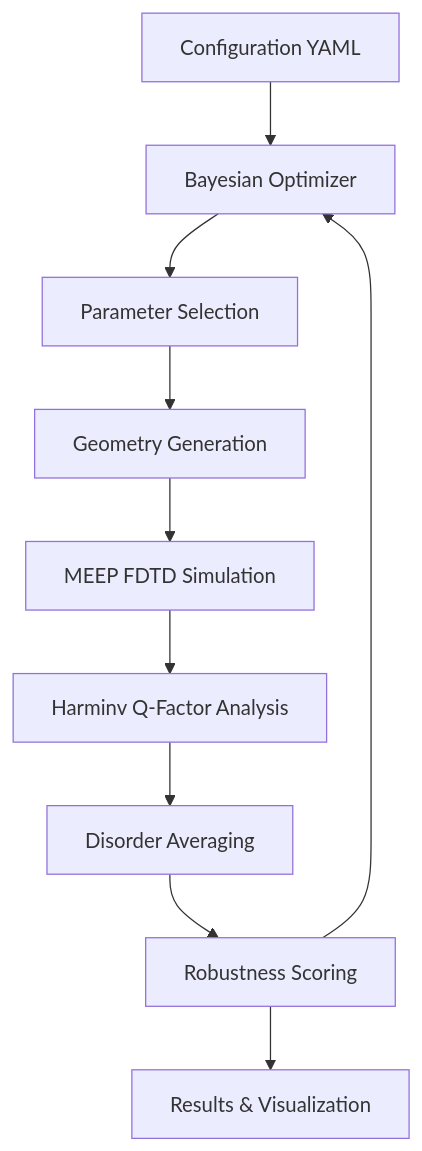
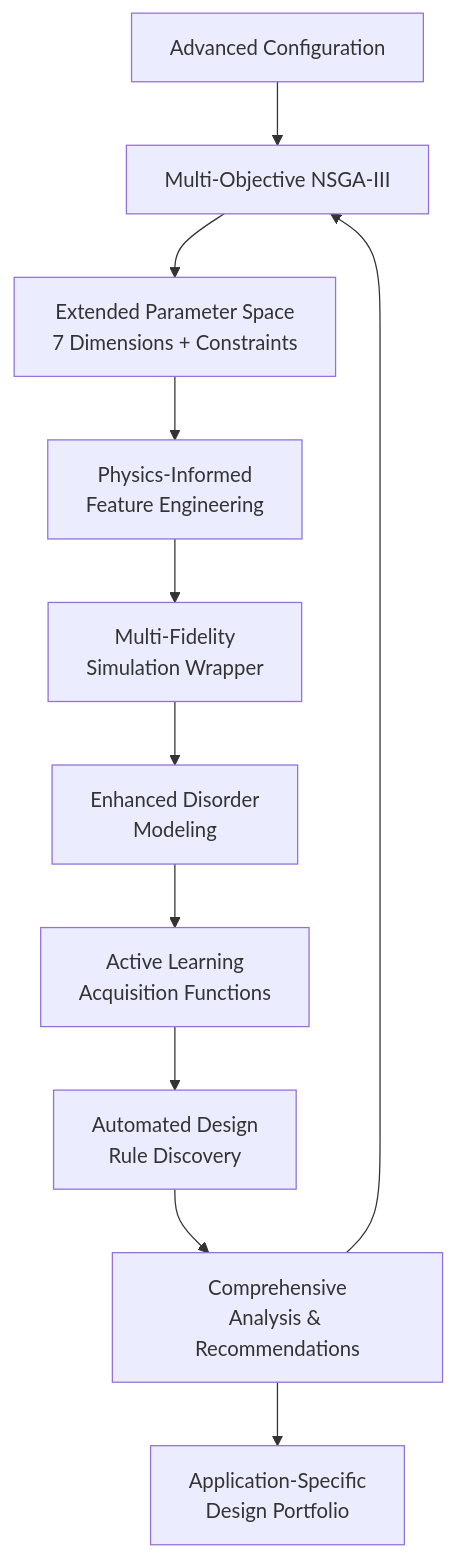
One commit to Sakeeb91/topological-photonic-crystal-optimizer changed the diagram in README.md. Above: the diagram before and after it, drawn with Mermaid. The commit also changed other lines of this file and 20 other files, not shown here.

````diff
--- a/README.md
+++ b/README.md
@@ -33,12 +35,13 @@
 ```mermaid
 graph TB
-    A[Configuration YAML] --> B[Bayesian Optimizer]
-    B --> C[Parameter Selection]
-    C --> D[Geometry Generation]
-    D --> E[MEEP FDTD Simulation]
-    E --> F[Harminv Q-Factor Analysis]
-    F --> G[Disorder Averaging]
-    G --> H[Robustness Scoring]
-    H --> B
-    H --> I[Results & Visualization]
+    A[Advanced Configuration] --> B[Multi-Objective NSGA-III]
+    B --> C[Extended Parameter Space<br/>7 Dimensions + Constraints]
+    C --> D[Physics-Informed<br/>Feature Engineering]
+    D --> E[Multi-Fidelity<br/>Simulation Wrapper]
+    E --> F[Enhanced Disorder<br/>Modeling]
+    F --> G[Active Learning<br/>Acquisition Functions]
+    G --> H[Automated Design<br/>Rule Discovery]
+    H --> I[Comprehensive<br/>Analysis & Recommendations]
+    I --> B
+    I --> J[Application-Specific<br/>Design Portfolio]
 ```
````
